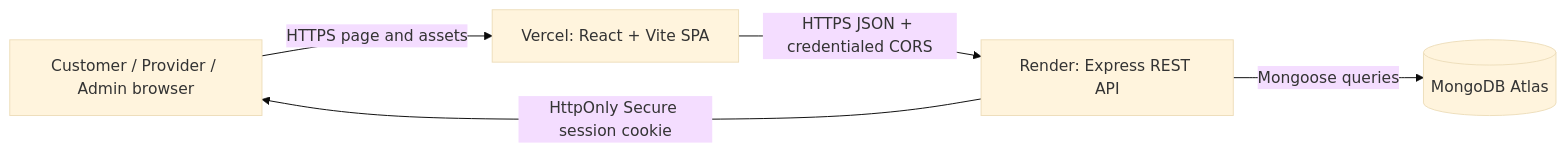
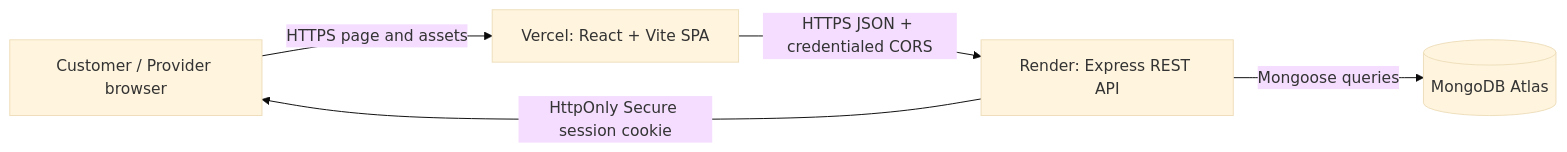
Before and after one commit to Tanu-jaiswal/FixMate: the first of 4 diagrams in docs/BCA-PROJECT-REPORT.md, drawn with Mermaid (base theme). The commit also changed other lines of this file and 10 other files, not shown here.

````diff
--- a/docs/BCA-PROJECT-REPORT.md
+++ b/docs/BCA-PROJECT-REPORT.md
@@ -90,12 +87,12 @@
 ```mermaid
 flowchart LR
-  Browser[Customer / Provider / Admin browser]
+  Browser[Customer / Provider browser]
   Vercel[Vercel: React + Vite SPA]
   API[Render: Express REST API]
   DB[(MongoDB Atlas)]
 
   Browser -->|HTTPS page and assets| Vercel
   Vercel -->|HTTPS JSON + credentialed CORS| API
   API -->|Mongoose queries| DB
   API -->|HttpOnly Secure session cookie| Browser
 ```
````
